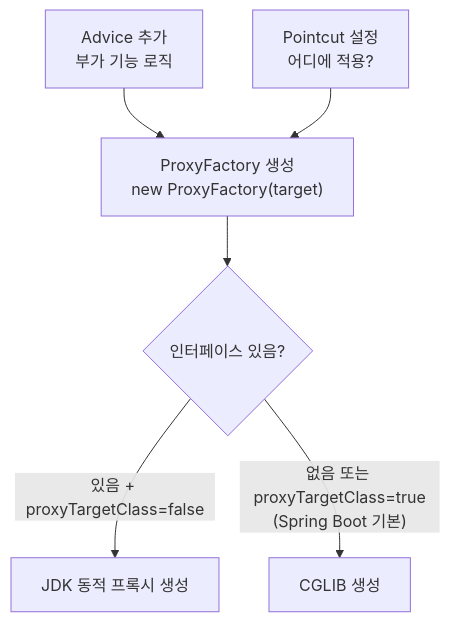
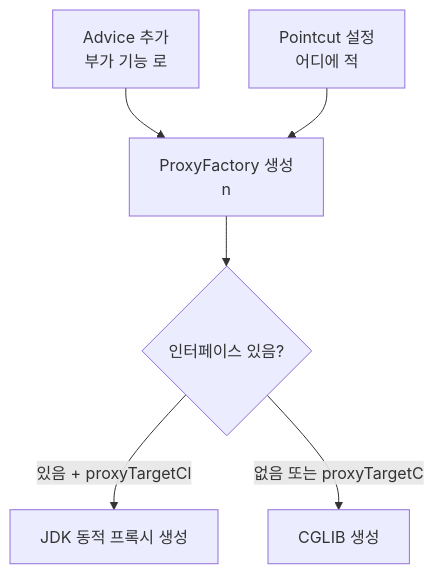
Before and after one commit to yjkim2015/yjkim2015.github.io: the fourth of 11 diagrams in _posts/spring/2026-05-02-spring-core-advanced.md, drawn with Mermaid. The commit also changed other lines of this file and 271 other files, not shown here.

First line of the commit message:
Mermaid 라벨 축소: 긴 노드 텍스트 18자 이하로 트림 + \n 제거

````diff
--- a/_posts/spring/2026-05-02-spring-core-advanced.md
+++ b/_posts/spring/2026-05-02-spring-core-advanced.md
@@ -253,8 +253,8 @@
 ```mermaid
 flowchart TD
-    A["ProxyFactory 생성\nnew ProxyFactory(target)"] --> B{"인터페이스 있음?"}
-    B -->|"있음 + proxyTargetClass=false"| C["JDK 동적 프록시 생성"]
-    B -->|"없음 또는 proxyTargetClass=true\n(Spring Boot 기본)"| D["CGLIB 생성"]
-    E["Advice 추가\n부가 기능 로직"] --> A
-    F["Pointcut 설정\n어디에 적용?"] --> A
+    A["ProxyFactory 생성\nn"] --> B{"인터페이스 있음?"}
+    B -->|"있음 + proxyTargetCl"| C["JDK 동적 프록시 생성"]
+    B -->|"없음 또는 proxyTargetC"| D["CGLIB 생성"]
+    E["Advice 추가\n부가 기능 로"] --> A
+    F["Pointcut 설정\n어디에 적"] --> A
 ```
````
